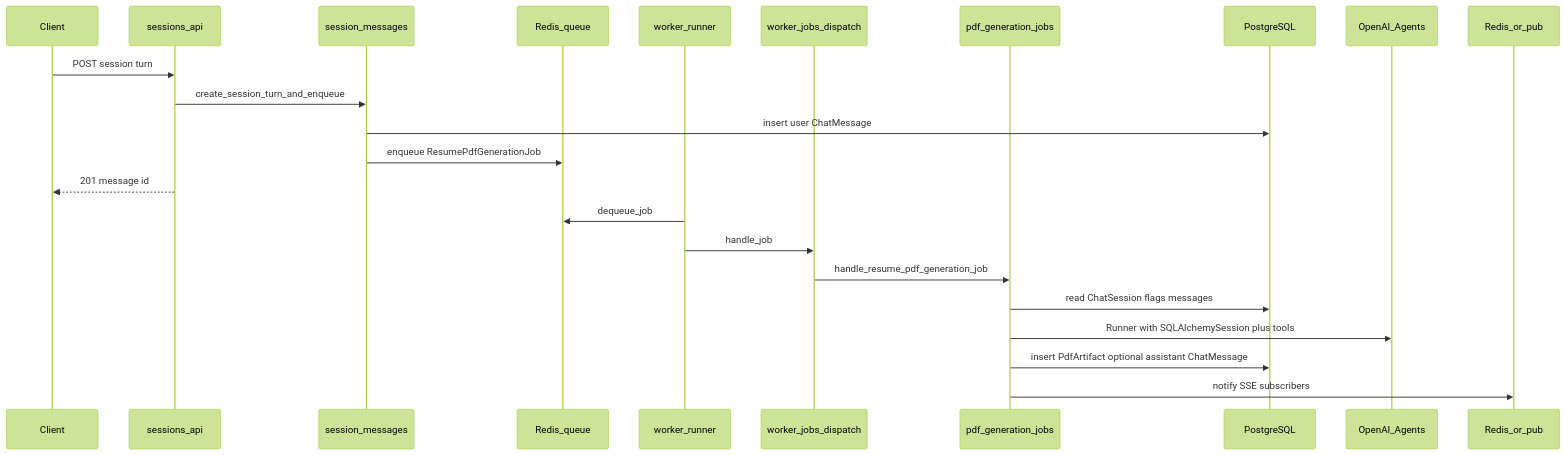
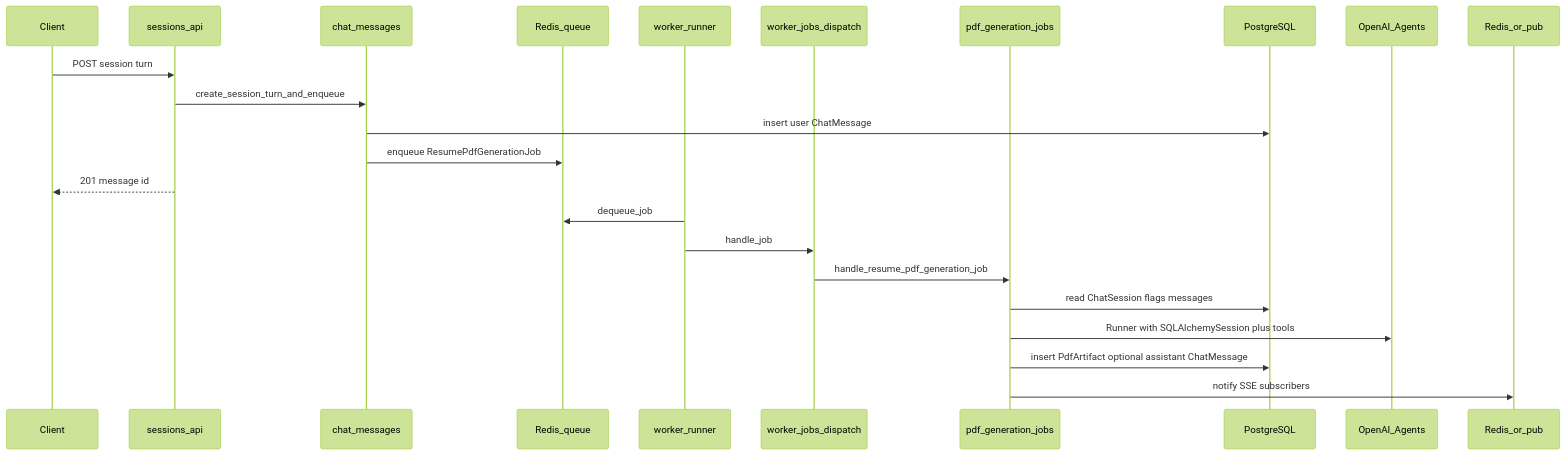
The second of 3 diagrams in backend/docs/ARCHITECTURE.md (Chhunneng/cs529-ai-project1), drawn with Mermaid (forest theme) before and after one commit. The commit also changed other lines of this file and 26 other files, not shown here.

````diff
--- a/backend/docs/ARCHITECTURE.md
+++ b/backend/docs/ARCHITECTURE.md
@@ -74,26 +74,26 @@
 ```mermaid
 sequenceDiagram
   participant Client
   participant API as sessions_api
-  participant SM as session_messages
+  participant SM as chat_messages
   participant Redis as Redis_queue
   participant Worker as worker_runner
   participant Dispatch as worker_jobs_dispatch
   participant Job as pdf_generation_jobs
   participant DB as PostgreSQL
   participant OAI as OpenAI_Agents
 
   Client->>API: POST session turn
   API->>SM: create_session_turn_and_enqueue
   SM->>DB: insert user ChatMessage
   SM->>Redis: enqueue ResumePdfGenerationJob
   API-->>Client: 201 message id
 
   Worker->>Redis: dequeue_job
   Worker->>Dispatch: handle_job
   Dispatch->>Job: handle_resume_pdf_generation_job
   Job->>DB: read ChatSession flags messages
   Job->>OAI: Runner with SQLAlchemySession plus tools
   Job->>DB: insert PdfArtifact optional assistant ChatMessage
   Job->>Redis_or_pub: notify SSE subscribers
 ```
````
